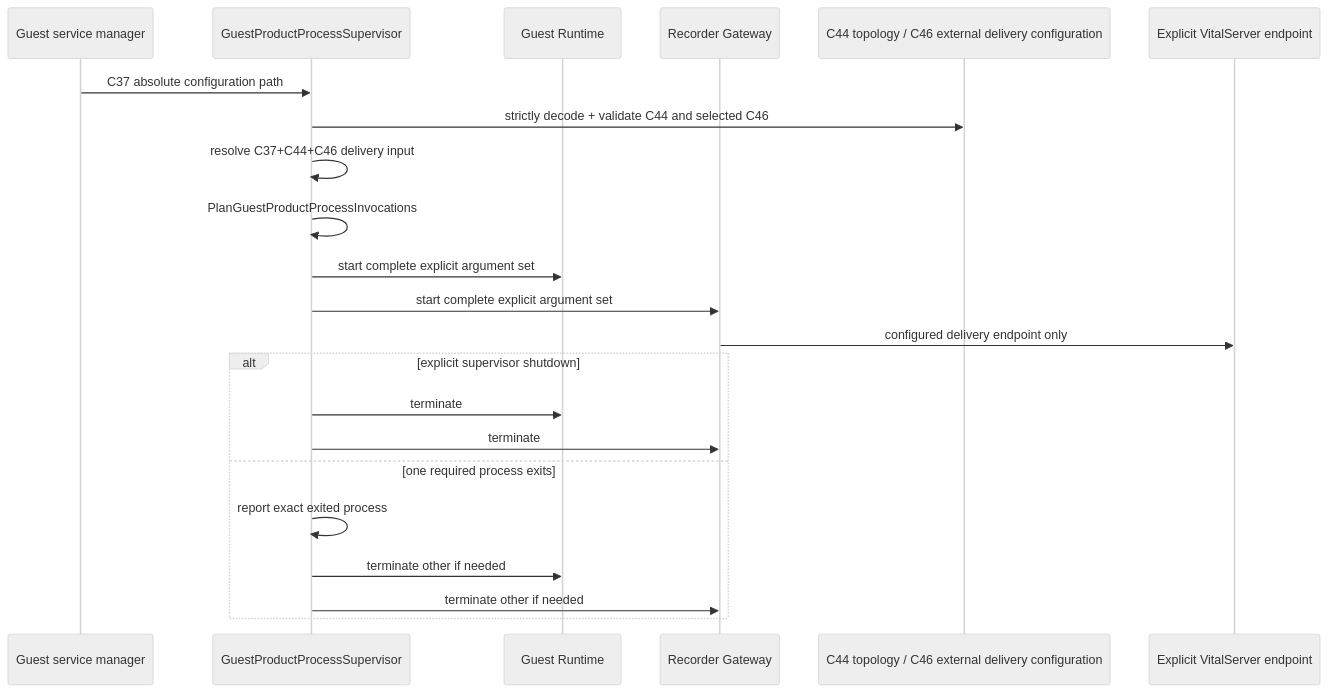
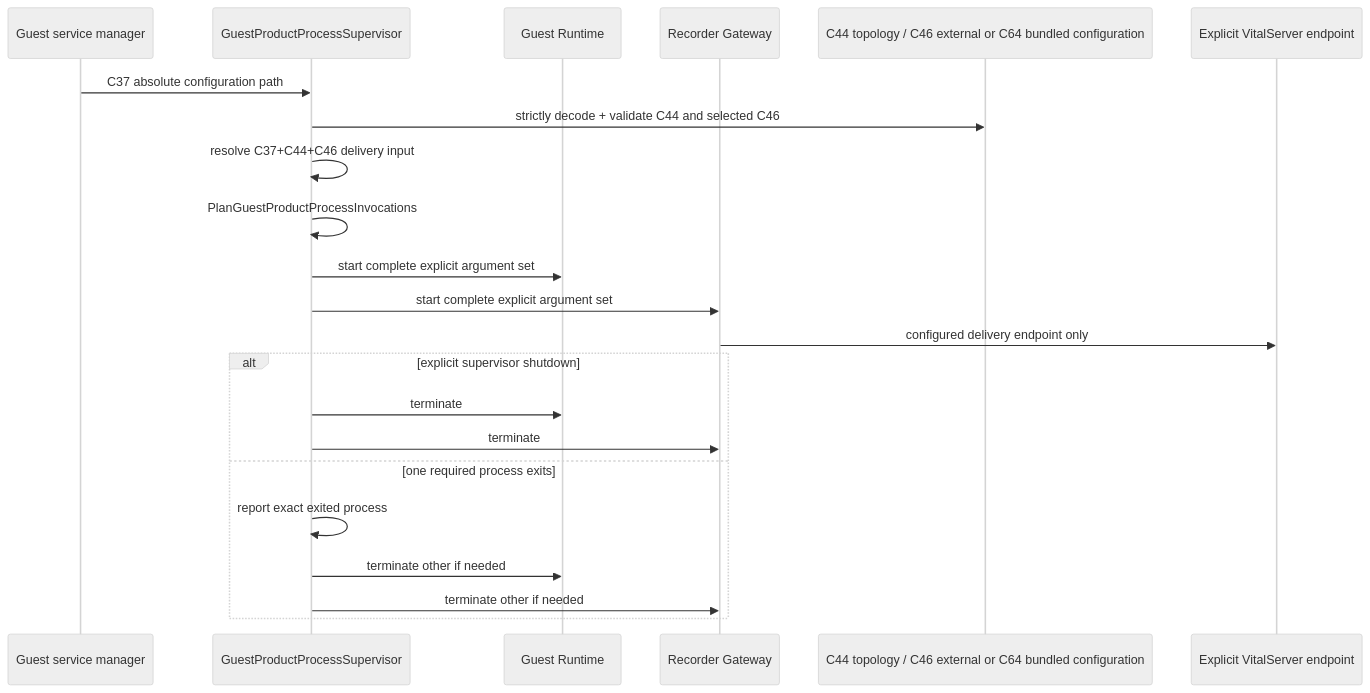
Before and after one commit to tirosh-chain/tirosh-vitalserver: the diagram in docs/architecture/guest-product-process-supervisor-boundary.md, drawn with Mermaid (neutral theme). The commit also changed other lines of this file and 664 other files, not shown here.

````diff
--- a/docs/architecture/guest-product-process-supervisor-boundary.md
+++ b/docs/architecture/guest-product-process-supervisor-boundary.md
@@ -59,25 +62,25 @@
 ```mermaid
 sequenceDiagram
     participant GM as Guest service manager
     participant S as GuestProductProcessSupervisor
     participant GR as Guest Runtime
     participant RG as Recorder Gateway
-    participant T as C44 topology / C46 external delivery configuration
+    participant T as C44 topology / C46 external or C64 bundled configuration
     participant U as Explicit VitalServer endpoint
 
     GM->>S: C37 absolute configuration path
     S->>T: strictly decode + validate C44 and selected C46
     S->>S: resolve C37+C44+C46 delivery input
     S->>S: PlanGuestProductProcessInvocations
     S->>GR: start complete explicit argument set
     S->>RG: start complete explicit argument set
     RG->>U: configured delivery endpoint only
     alt explicit supervisor shutdown
         S->>GR: terminate
         S->>RG: terminate
     else one required process exits
         S->>S: report exact exited process
         S->>GR: terminate other if needed
         S->>RG: terminate other if needed
     end
 ```
````
